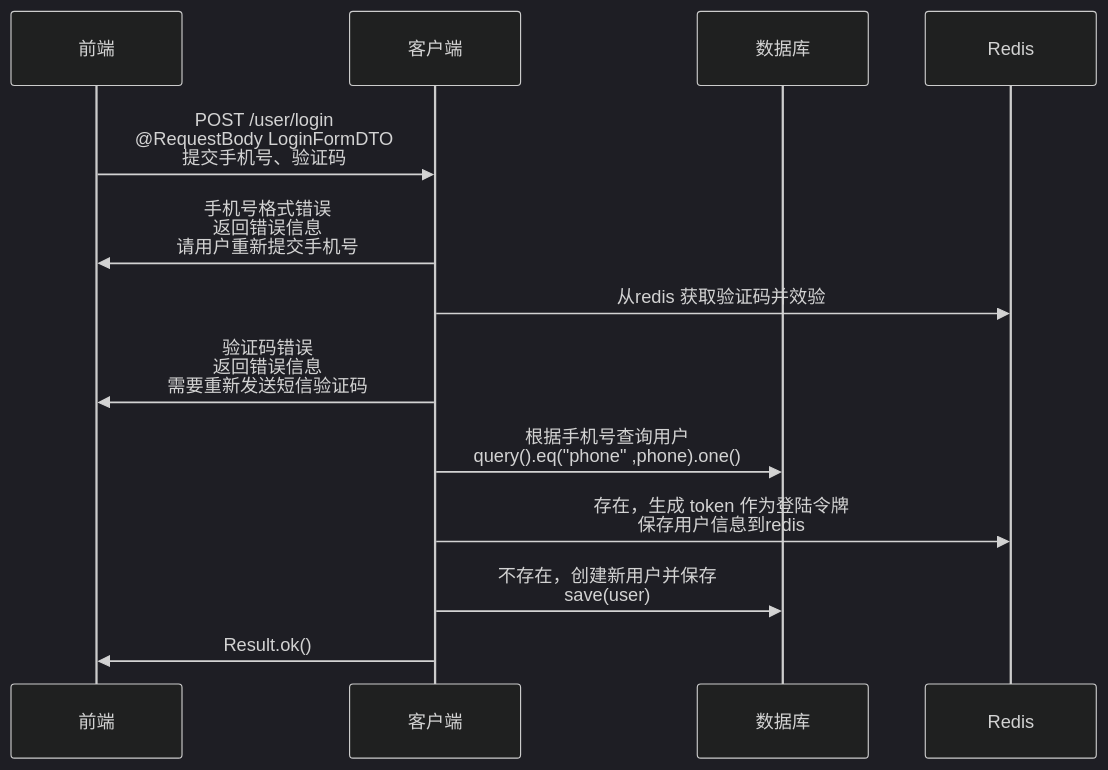
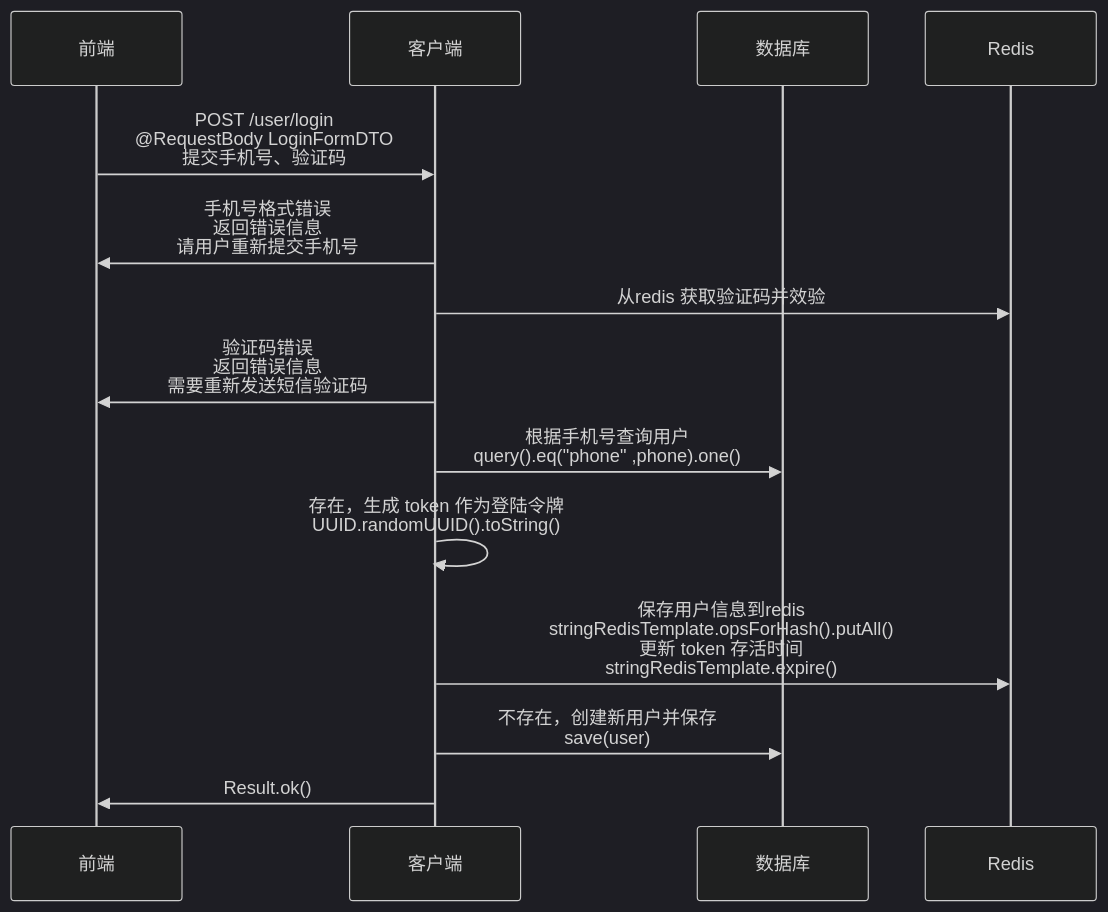
Before and after one commit to feed981/e01: the fifth of 6 diagrams in README.md, drawn with Mermaid (dark theme).

````diff
--- a/README.md
+++ b/README.md
@@ -478,16 +478,17 @@
 ```mermaid
 sequenceDiagram
     participant 前端
     participant 客户端
     participant 数据库
     participant Redis
 
       前端->>客户端: POST /user/login<br>@RequestBody LoginFormDTO <br>提交手机号、验证码
 	客户端->>前端: 手机号格式错误<br>返回错误信息<br>请用户重新提交手机号
 	客户端->>Redis: 从redis 获取验证码并效验
 	客户端->>前端: 验证码错误<br>返回错误信息<br>需要重新发送短信验证码
         客户端->>数据库: 根据手机号查询用户<br>query().eq("phone" ,phone).one()
-        客户端->>Redis: 存在，生成 token 作为登陆令牌<br>保存用户信息到redis
+        客户端->>客户端: 存在，生成 token 作为登陆令牌<br>UUID.randomUUID().toString()
+	客户端->>Redis: 保存用户信息到redis<br>stringRedisTemplate.opsForHash().putAll()<br>更新 token 存活时间<br> stringRedisTemplate.expire()
         客户端->>数据库: 不存在，创建新用户并保存<br>save(user)
         客户端->>前端: Result.ok()
 ```
````
